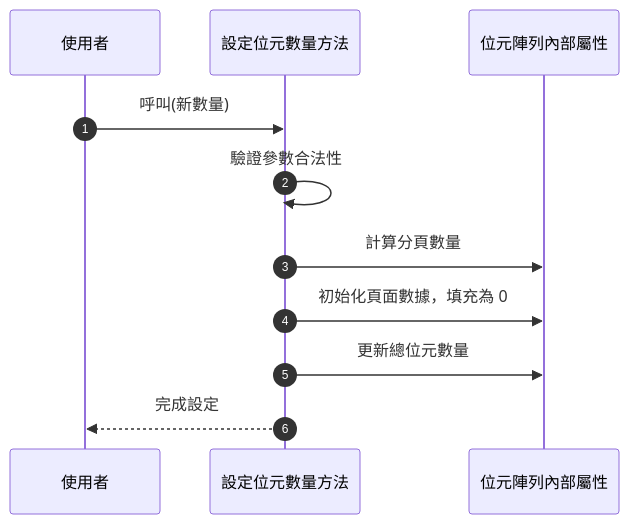
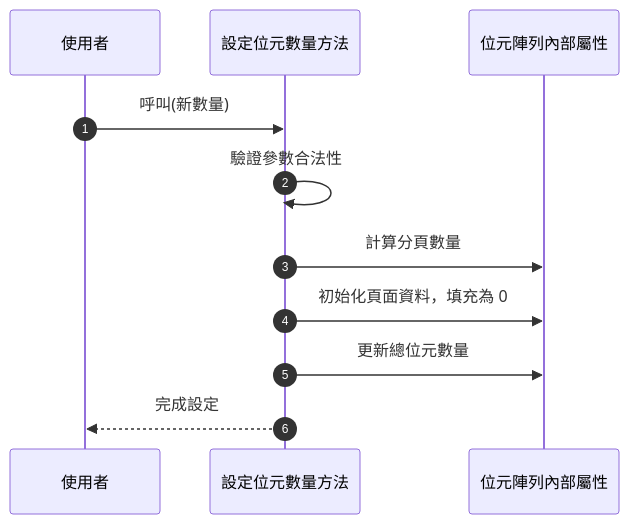
Diagram 17 of 17 in docs/位元陣列.md (leoshiang/dx-core), drawn with Mermaid before and after one commit. The commit also changed other lines of this file and 1 other file, not shown here.

````diff
--- a/docs/位元陣列.md
+++ b/docs/位元陣列.md
@@ -1142,13 +1022,13 @@
 ```mermaid
 sequenceDiagram
     autoNumber
     participant 使用者
     participant 設定位元數量方法
     participant 位元陣列內部屬性
     使用者->>設定位元數量方法: 呼叫(新數量)
     設定位元數量方法->>設定位元數量方法: 驗證參數合法性
     設定位元數量方法->>位元陣列內部屬性: 計算分頁數量
-    設定位元數量方法->>位元陣列內部屬性: 初始化頁面數據，填充為 0
+    設定位元數量方法->>位元陣列內部屬性: 初始化頁面資料，填充為 0
     設定位元數量方法->>位元陣列內部屬性: 更新總位元數量
     設定位元數量方法-->>使用者: 完成設定
 ```
````
